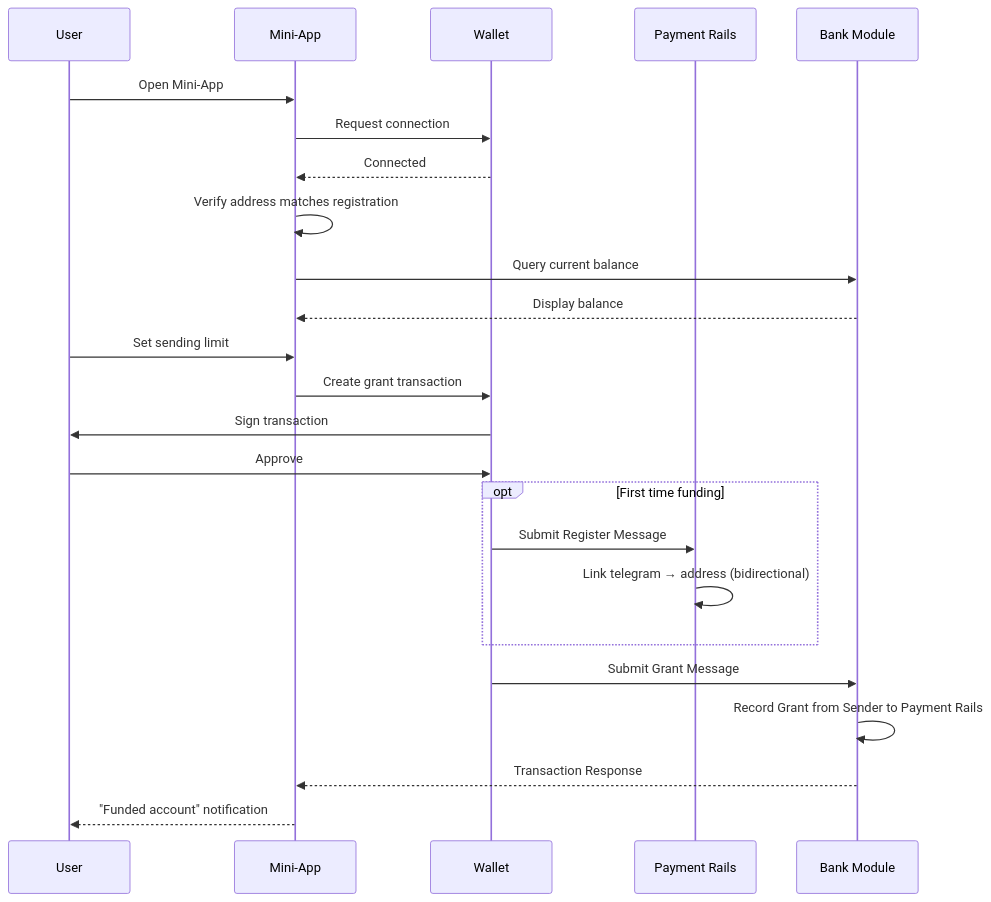
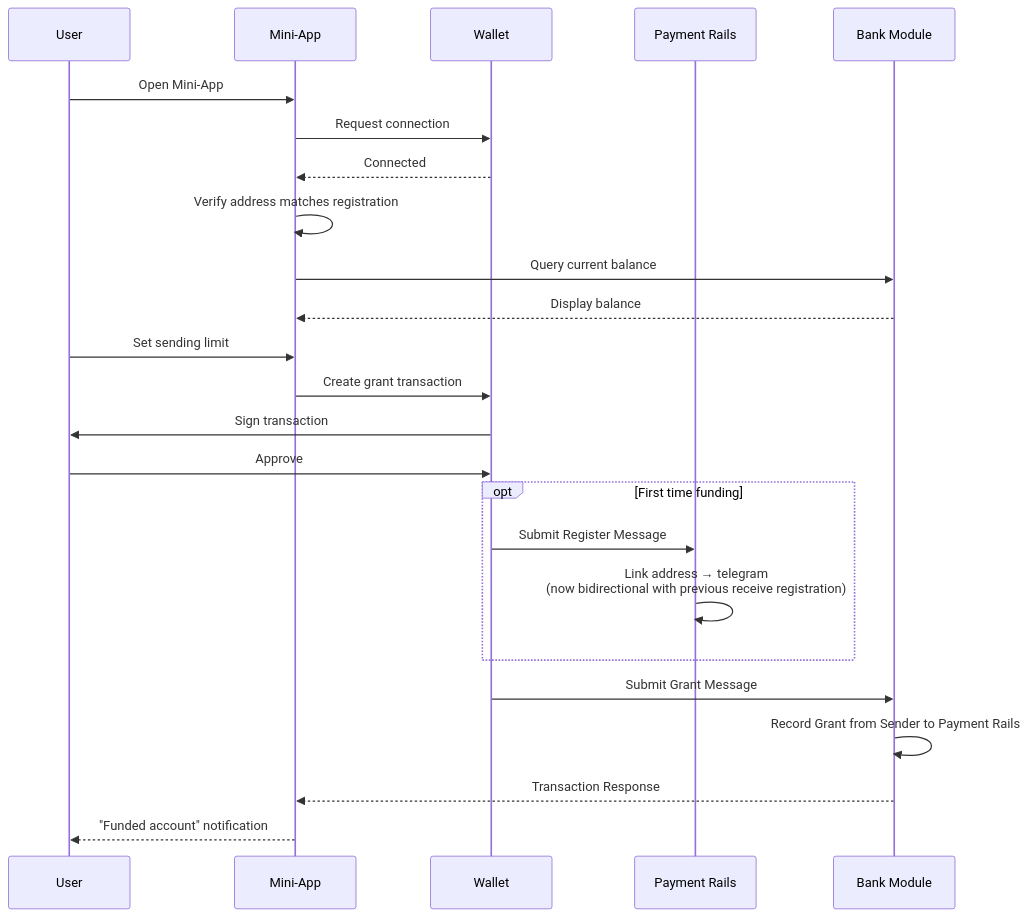
The third of 5 diagrams in docs/Architecture.md (Lay3rLabs/telegram-payments), drawn with Mermaid before and after one commit. The commit also changed other lines of this file, not shown here.

````diff
--- a/docs/Architecture.md
+++ b/docs/Architecture.md
@@ -205,27 +63,27 @@
 ```mermaid
 sequenceDiagram
     participant User
     participant MiniApp as Mini-App
     participant Wallet
     participant PR as Payment Rails
     participant Bank as Bank Module
     
     User->>MiniApp: Open Mini-App
     MiniApp->>Wallet: Request connection
     Wallet-->>MiniApp: Connected
     MiniApp->>MiniApp: Verify address matches registration
     MiniApp->>Bank: Query current balance
     Bank-->>MiniApp: Display balance
     User->>MiniApp: Set sending limit
     MiniApp->>Wallet: Create grant transaction
     Wallet->>User: Sign transaction
     User->>Wallet: Approve
     opt First time funding
         Wallet->>PR: Submit Register Message
-        PR->>PR: Link telegram → address (bidirectional)
+        PR->>PR: Link address → telegram<br/>(now bidirectional with previous receive registration)
     end
     Wallet->>Bank: Submit Grant Message
     Bank->>Bank: Record Grant from Sender to Payment Rails
     Bank-->>MiniApp: Transaction Response
     MiniApp-->>User: "Funded account" notification
 ```
````
